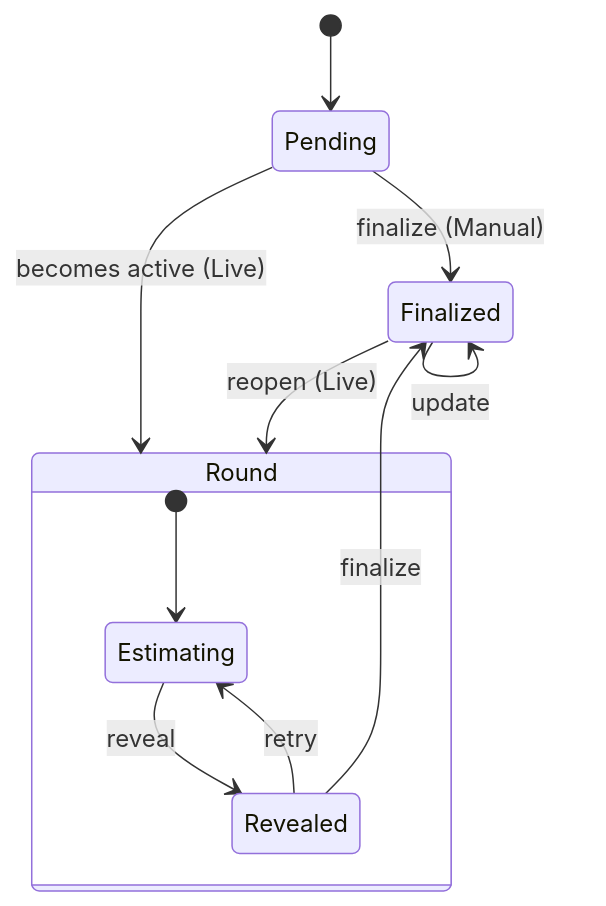
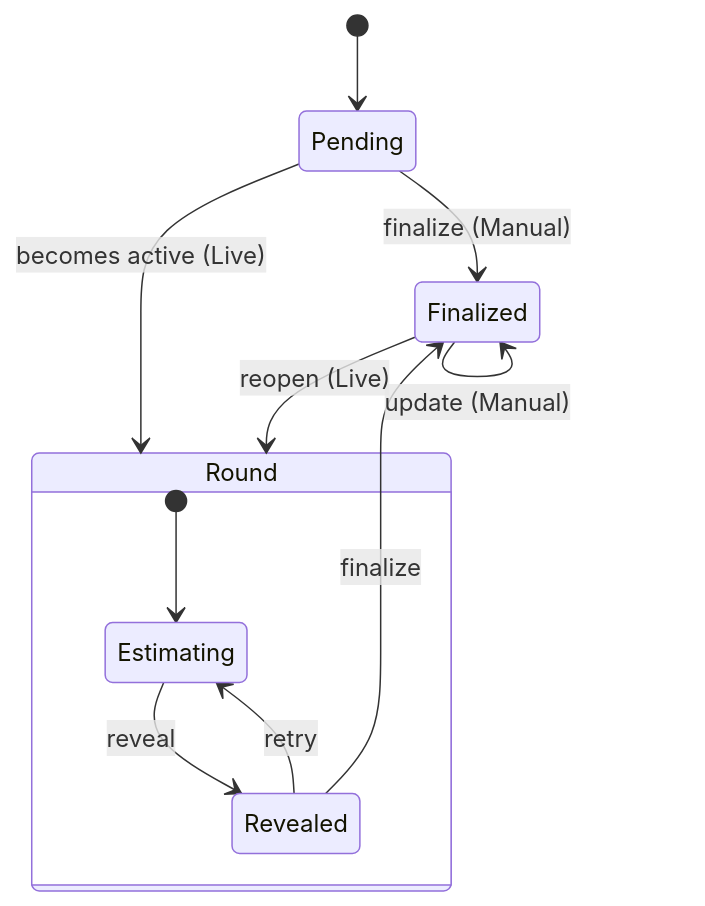
Before and after one commit to cfisch3r/estimate: the third of 3 diagrams in docs/domain/concepts/live-collaboration.md, drawn with Mermaid. The commit also changed other lines of this file and 29 other files, not shown here.

````diff
--- a/docs/domain/concepts/live-collaboration.md
+++ b/docs/domain/concepts/live-collaboration.md
@@ -123,14 +123,14 @@
 ```mermaid
 stateDiagram-v2
     [*] --> Pending
     Pending --> Round: becomes active (Live)
     Pending --> Finalized: finalize (Manual)
     state Round {
         [*] --> Estimating
         Estimating --> Revealed: reveal
         Revealed --> Estimating: retry
     }
     Revealed --> Finalized: finalize
     Finalized --> Round: reopen (Live)
-    Finalized --> Finalized: update
+    Finalized --> Finalized: update (Manual)
 ```
````
